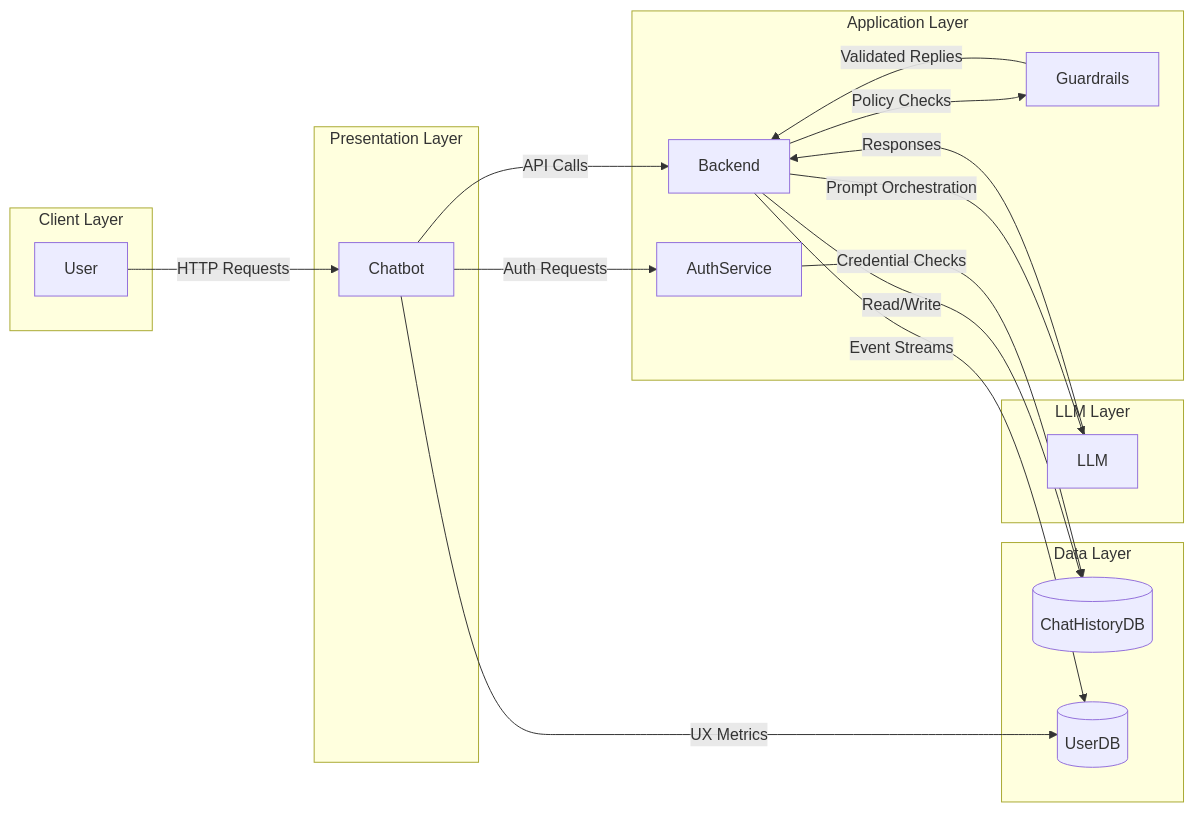
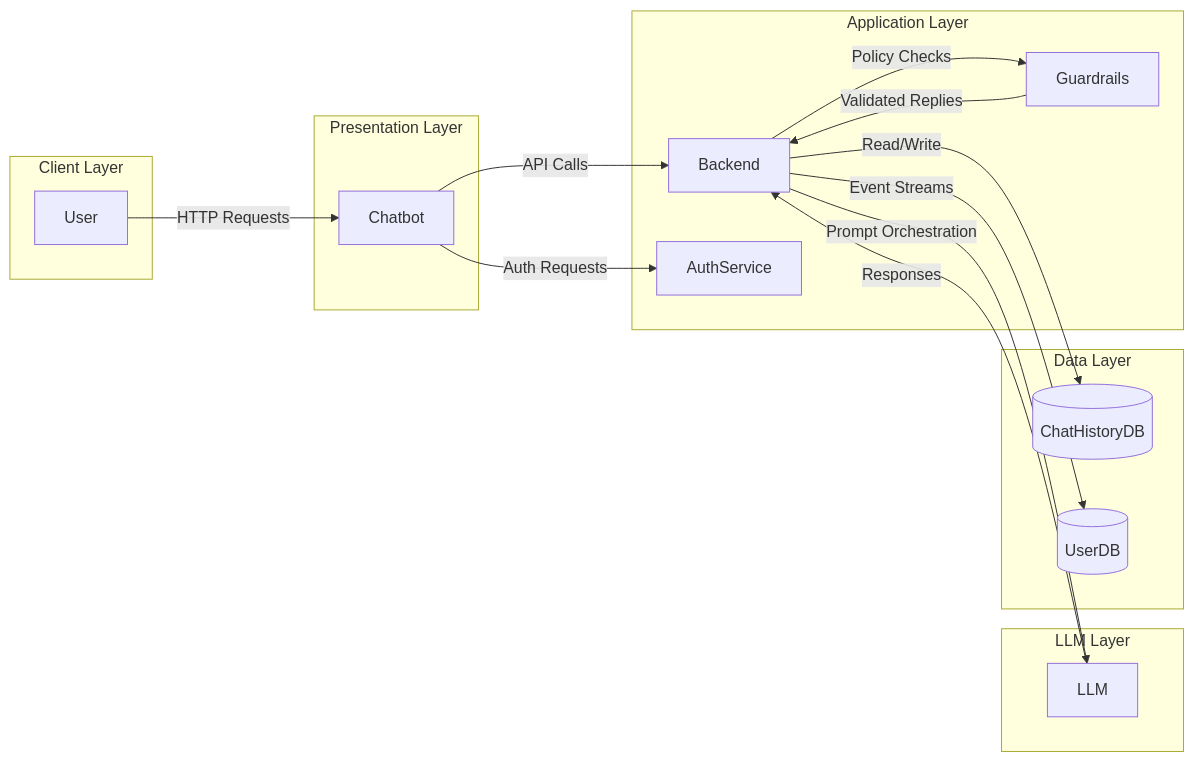
Before and after one commit to sidgyl-anz/guardrailsfe: the third of 3 diagrams in diagrams.md, drawn with Mermaid.

````diff
--- a/diagrams.md
+++ b/diagrams.md
@@ -47,37 +47,35 @@
 ```mermaid
 flowchart LR
     subgraph Client Layer
         U[User]
     end
 
     subgraph Presentation Layer
         W[Chatbot]
     end
 
     subgraph Application Layer
         B[Backend]
         G[Guardrails]
         A[AuthService]
     end
 
     subgraph LLM Layer
         M[LLM]
     end
 
     subgraph Data Layer
         D[(ChatHistoryDB)]
         L[(UserDB)]
     end
 
     U -- HTTP Requests --> W
     W -- API Calls --> B
     W -- Auth Requests --> A
     B -- Policy Checks --> G
     B -- Prompt Orchestration --> M
     M -- Responses --> B
     G -- Validated Replies --> B
     B -- Read/Write --> D
-    A -- Credential Checks --> D
     B -- Event Streams --> L
-    W -- UX Metrics --> L
 ```
````
